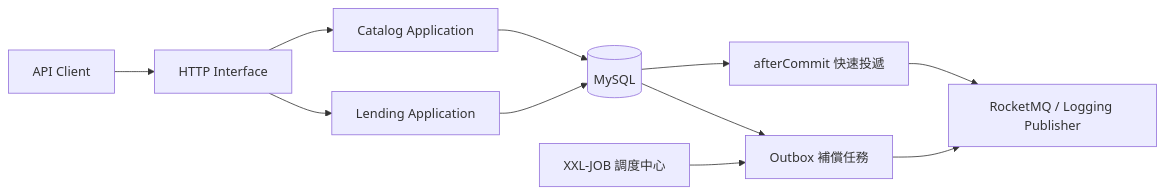
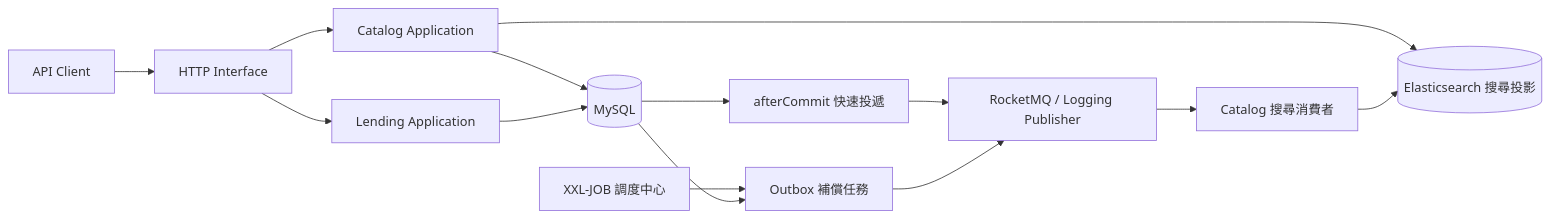
One commit to ChovyCao2025/e-library-service changed the diagram in README.md. Above: the diagram before and after it, drawn with Mermaid. The commit also changed other lines of this file and 26 other files, not shown here.

Commit message:
feat: add Elasticsearch catalog search projection

````diff
--- a/README.md
+++ b/README.md
@@ -31,13 +32,16 @@
 ```mermaid
 flowchart LR
     Client[API Client] --> Web[HTTP Interface]
     Web --> Catalog[Catalog Application]
     Web --> Lending[Lending Application]
     Catalog --> DB[(MySQL)]
+    Catalog --> ES[(Elasticsearch 搜尋投影)]
     Lending --> DB
     DB --> Direct[afterCommit 快速投遞]
     Direct --> MQ[RocketMQ / Logging Publisher]
     XXL[XXL-JOB 調度中心] --> Compensation[Outbox 補償任務]
     DB --> Compensation
     Compensation --> MQ
+    MQ --> Indexer[Catalog 搜尋消費者]
+    Indexer --> ES
 ```
````
